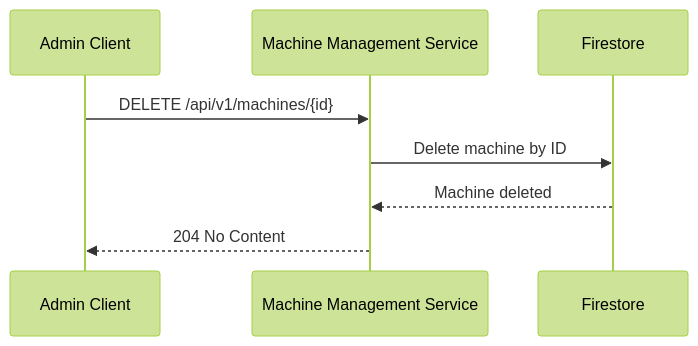
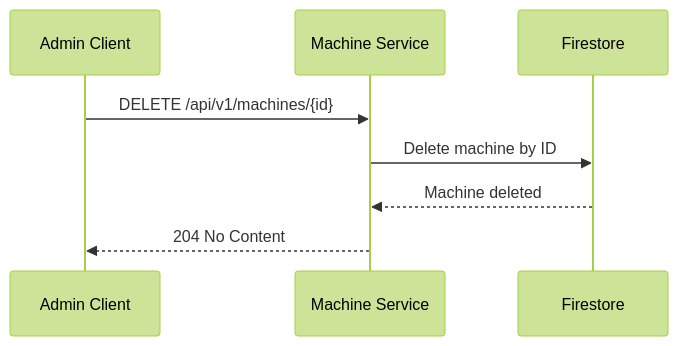
Before and after one commit to Zaba505/infra: the fifth of 5 diagrams in docs/content/r&d/services/machine-mgmt/api.md, drawn with Mermaid (forest theme). The commit also changed other lines of this file and 4 other files, not shown here.

````diff
--- a/docs/content/r&d/services/machine-mgmt/api.md
+++ b/docs/content/r&d/services/machine-mgmt/api.md
@@ -625,11 +271,11 @@
 ```mermaid
 sequenceDiagram
     participant Client as Admin Client
-    participant API as Machine Management Service
+    participant API as Machine Service
     participant DB as Firestore
     
     Client->>API: DELETE /api/v1/machines/{id}
     API->>DB: Delete machine by ID
     DB-->>API: Machine deleted
     API-->>Client: 204 No Content
 ```
````
